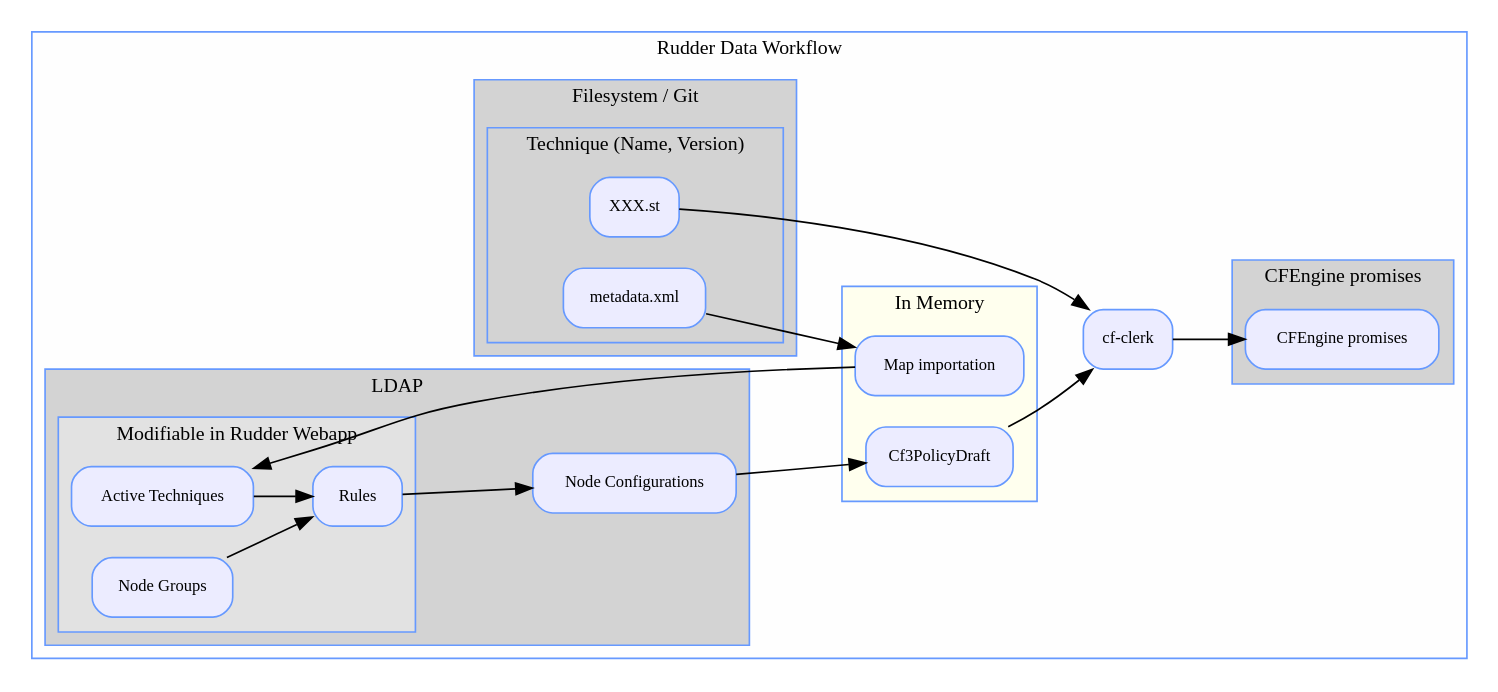
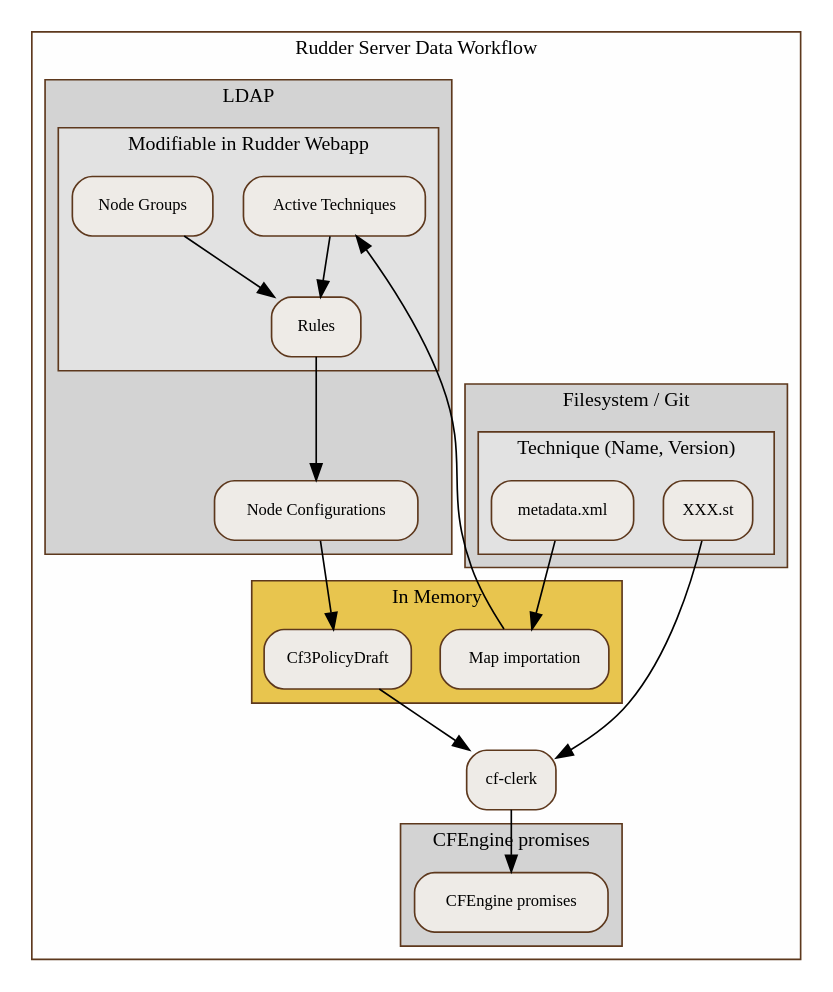
One commit to Normation/rudder-doc changed the diagram in graphviz/data_workflow.dot. Above: the diagram before and after it, drawn with Graphviz. The commit also changed 4 other files, not shown here.

Commit message:
work on graphviz color scheme

```diff
--- a/graphviz/data_workflow.dot
+++ b/graphviz/data_workflow.dot
@@ -1,63 +1,69 @@
 digraph data_workflow {
 
 compound=true;
-node [shape=Mrecord, style = filled, color="#6699ff", fillcolor="#ececff",
-fontsize=10];
+node [
+    shape=Mrecord, 
+    style = filled, 
+    color="#5d381d", 
+    fillcolor="#eeebe7",
+    fontsize=10
+];
 edge [fontsize=10];
-rankdir=LR;
+rankdir=TB;
 
 subgraph cluster_rudderDataWorkflow { 
-  label = "Rudder Data Workflow";
-  style = filled color="#6699ff" fillcolor="#fefefe" fontsize=12;
+  label = "Rudder Server Data Workflow";
+  style = filled color="#5d381d" fillcolor="#fefefe" fontsize=12;
 
+  cfClerk [label = "cf-clerk"];
+  
   subgraph cluster_filesystemGit { 
     label = "Filesystem / Git";
-    style = filled color="#6699ff" fillcolor=lightgrey fontsize=12;
+    style = filled  fillcolor=lightgrey fontsize=12;
   
     subgraph cluster_filesystemTechnique { 
-        label = "Technique (Name, Version)";
-        shape = folder ;
-            filesystemMetadata [label = "metadata.xml"];
-            filesystemSTfiles [label = "XXX.st"];
+      label = "Technique (Name, Version)";
+      style = filled fillcolor="#e2e2e2" ;
+      filesystemMetadata [label = "metadata.xml"];
+      filesystemSTfiles [label = "XXX.st"];
     };
 
   };
 
   subgraph cluster_LDAP { 
     label = "LDAP";
-    style = filled color="#6699ff" fillcolor=lightgrey fontsize=12;
+    style = filled fillcolor=lightgrey fontsize=12;
 
     subgraph cluster_RudderCore { 
       label = "Modifiable in Rudder Webapp";
-      style = filled color="#6699ff" fillcolor="#e2e2e2" ;
+      style = filled fillcolor="#e2e2e2" ;
       ldapActiveTechniques [label = "Active Techniques"];
       ldapNodeGroups [label = "Node Groups"];
       ldapRules [label = "Rules"];
       };
 
       ldapNodeConfigurations [label = "Node Configurations"];
   };
 
+  subgraph cluster_inMemory { 
+    label = "In Memory";
+    style = filled fillcolor="#e8c54e" fontsize=12;
+    Cf3PolicyDraft [label = "Cf3PolicyDraft"];
+    inMemoryMetadata [label = "Map importation"];
+  };
+
   subgraph cluster_CFEnginePromises { 
     label = "CFEngine promises";
-    style = filled color="#6699ff" fillcolor=lightgrey fontsize=12;
+    style = filled fillcolor=lightgrey fontsize=12;
     CfPromises [label = "CFEngine promises"];
-  };
-
-  subgraph cluster_inMemory { 
-    label = "In Memory";
-    style = filled color="#6699ff" fillcolor="#ffffee" fontsize=12;
-    Cf3PolicyDraft [label = "Cf3PolicyDraft"];
-    inMemoryMetadata [label = "Map importation"];
   };
 
   filesystemMetadata -> inMemoryMetadata ;
   inMemoryMetadata -> ldapActiveTechniques;
   {ldapActiveTechniques; ldapNodeGroups} -> ldapRules -> ldapNodeConfigurations;
   ldapNodeConfigurations -> Cf3PolicyDraft ;
-  cfClerk [label = "cf-clerk"];
   {filesystemSTfiles; Cf3PolicyDraft}->cfClerk;
   cfClerk -> CfPromises ;
 };
 
 }
```
